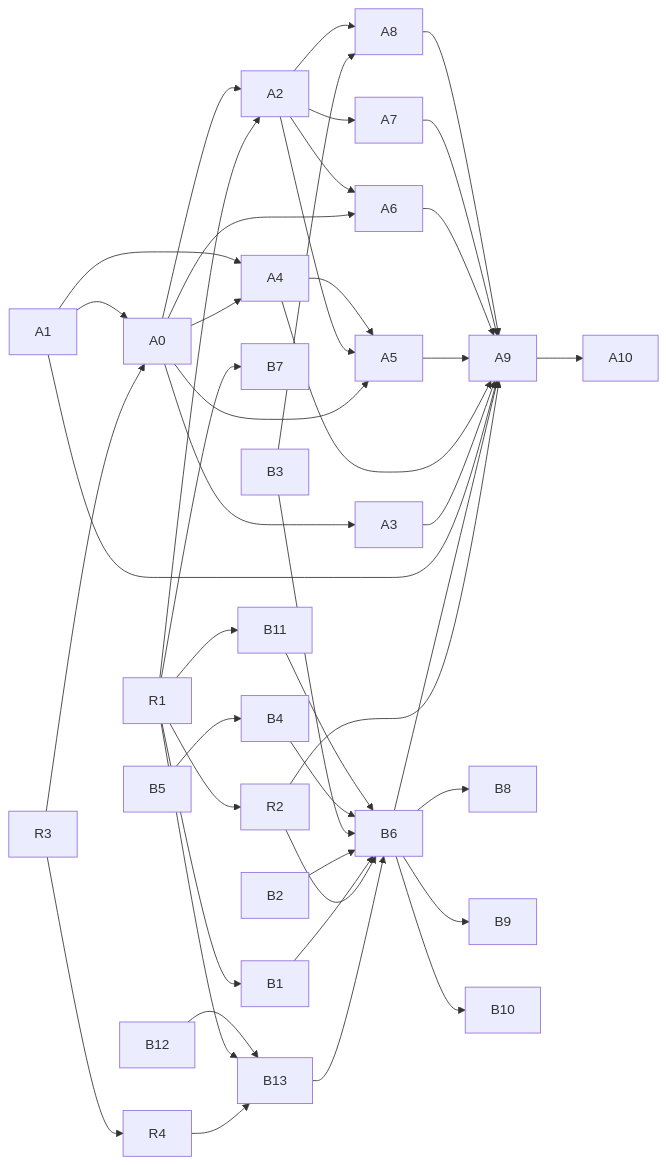
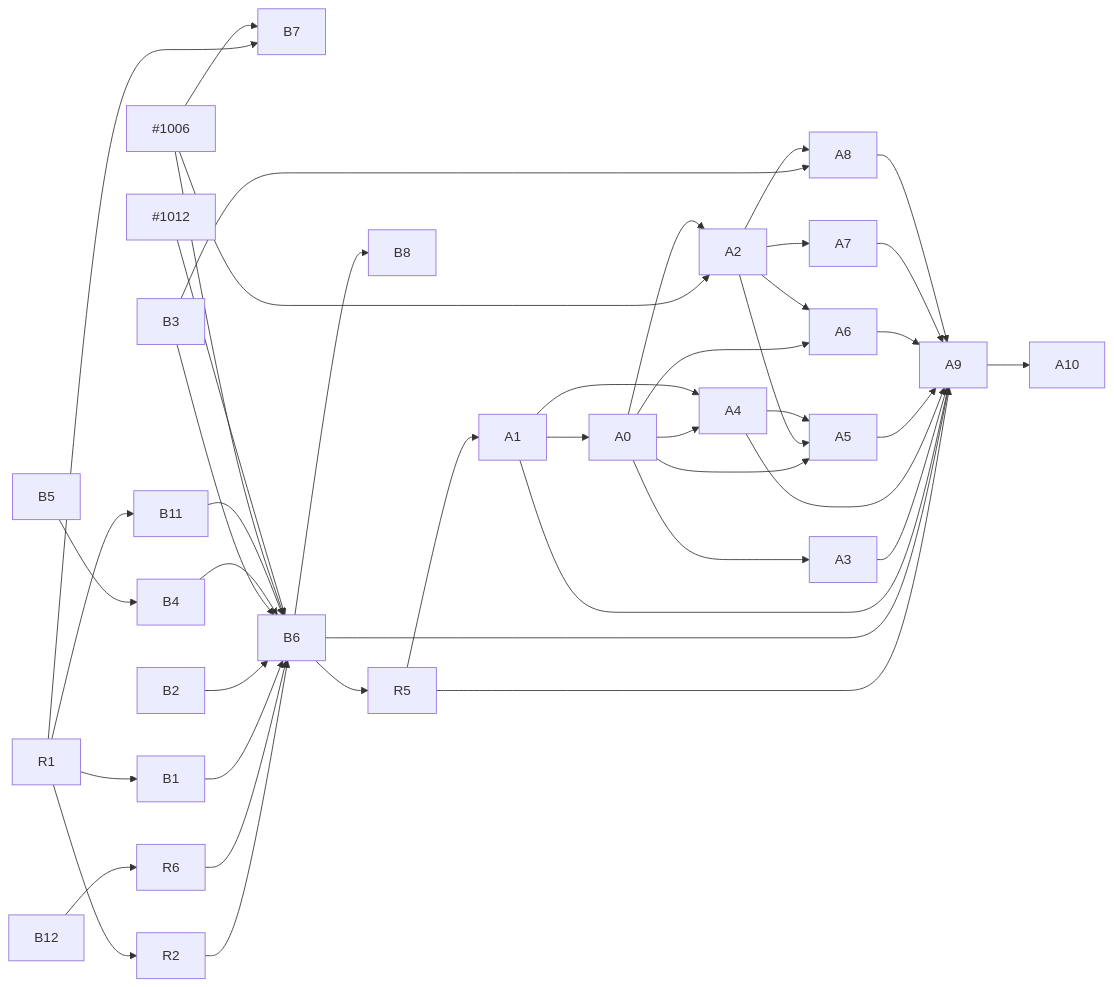
One commit to discobox-ai/discobox changed the diagram in docs/tasks/947-remote-drivers-boxd-and-archil.md. Above: the diagram before and after it, drawn with Mermaid. The commit also changed other lines of this file, not shown here.

````diff
--- a/docs/tasks/947-remote-drivers-boxd-and-archil.md
+++ b/docs/tasks/947-remote-drivers-boxd-and-archil.md
@@ -176,47 +287,48 @@
 ```mermaid
 graph LR
+  I1006["#1006"]
+  I1012["#1012"]
   R1 --> R2
-  R3 --> R4
-  R3 --> A0
-  R4 --> B13
   R1 --> B1
   R1 --> B7
   R1 --> B11
-  R1 --> B13
-  B12 --> B13
-  B13 --> B6
-  R1 --> A2
   R2 --> B6
-  R2 --> A9
+  B6 --> R5
+  B12 --> R6
+  R6 --> B6
+  R5 --> A1
+  R5 --> A9
   B1 --> B6
   B2 --> B6
   B3 --> B6
   B4 --> B6
   B5 --> B4
   B11 --> B6
+  I1006 --> B6
+  I1012 --> B6
+  I1006 --> B7
   B6 --> B8
-  B6 --> B9
-  B6 --> B10
   B6 --> A9
   B3 --> A8
   A1 --> A0
+  I1006 --> A2
   A0 --> A2
   A0 --> A3
   A0 --> A4
   A0 --> A5
   A0 --> A6
   A1 --> A4
   A1 --> A9
   A2 --> A5
   A2 --> A6
   A2 --> A7
   A2 --> A8
   A4 --> A5
   A3 --> A9
   A4 --> A9
   A5 --> A9
   A6 --> A9
   A7 --> A9
   A8 --> A9
   A9 --> A10
 ```
````
